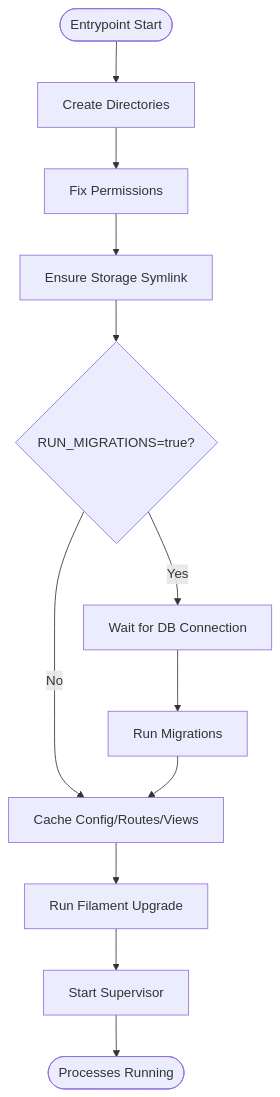
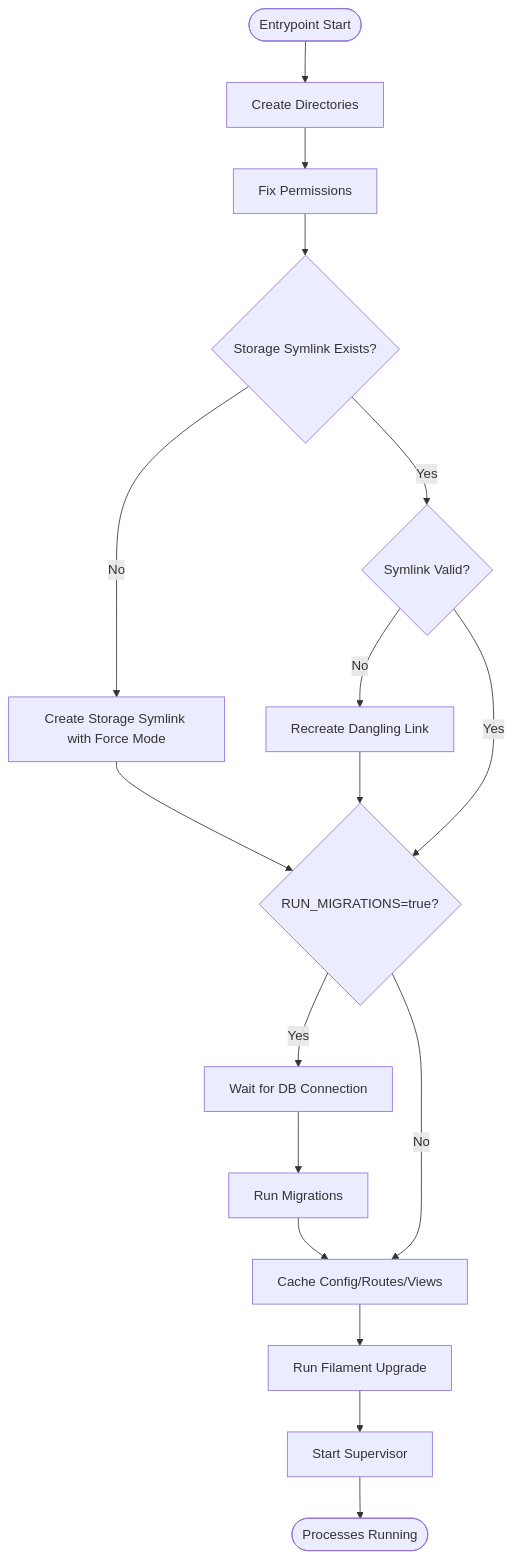
Before and after one commit to Dikksap/laravel_RsvHelmet: the eighth of 9 diagrams in .qoder/repowiki/en/content/Deployment Guide.md, drawn with Mermaid. The commit also changed other lines of this file and 33 other files, not shown here.

````diff
--- a/.qoder/repowiki/en/content/Deployment Guide.md
+++ b/.qoder/repowiki/en/content/Deployment Guide.md
@@ -326,14 +326,19 @@
 ```mermaid
 flowchart TD
 Start(["Entrypoint Start"]) --> CreateDirs["Create Directories"]
 CreateDirs --> FixPerms["Fix Permissions"]
-FixPerms --> EnsureSymlink["Ensure Storage Symlink"]
-EnsureSymlink --> CheckMigrations{"RUN_MIGRATIONS=true?"}
+FixPerms --> CheckSymlink{"Storage Symlink Exists?"}
+CheckSymlink --> |No| CreateSymlink["Create Storage Symlink with Force Mode"]
+CheckSymlink --> |Yes| ValidateSymlink{"Symlink Valid?"}
+ValidateSymlink --> |No| RecreateSymlink["Recreate Dangling Link"]
+ValidateSymlink --> |Yes| CheckMigrations{"RUN_MIGRATIONS=true?"}
+CreateSymlink --> CheckMigrations
+RecreateSymlink --> CheckMigrations
 CheckMigrations --> |Yes| WaitDB["Wait for DB Connection"]
 WaitDB --> RunMigrate["Run Migrations"]
 CheckMigrations --> |No| CacheStep["Cache Config/Routes/Views"]
 RunMigrate --> CacheStep
 CacheStep --> FilamentUpgrade["Run Filament Upgrade"]
 FilamentUpgrade --> StartSupervisor["Start Supervisor"]
 StartSupervisor --> End(["Processes Running"])
 ```
````
